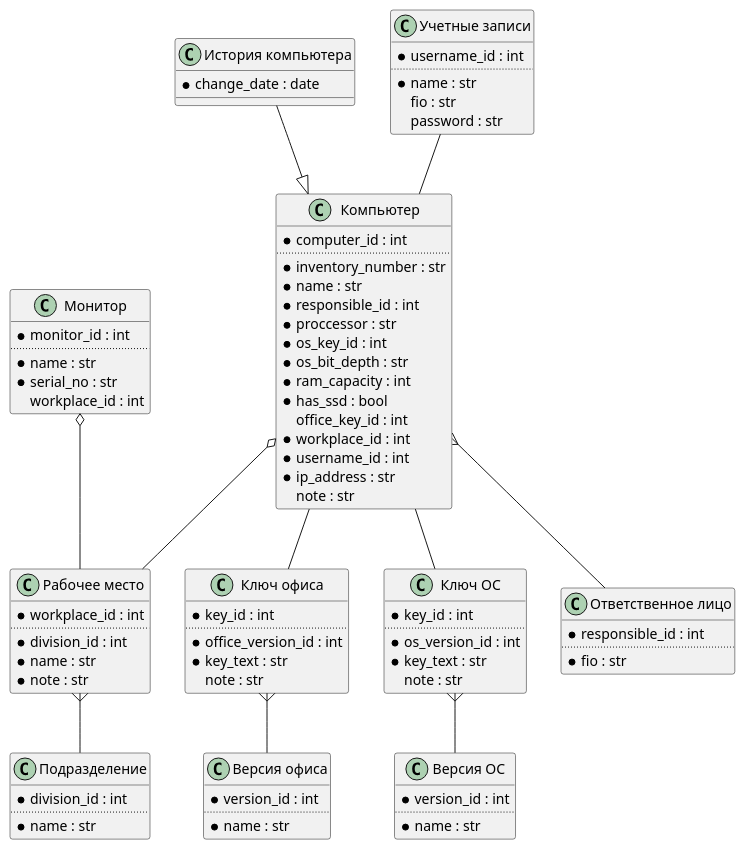
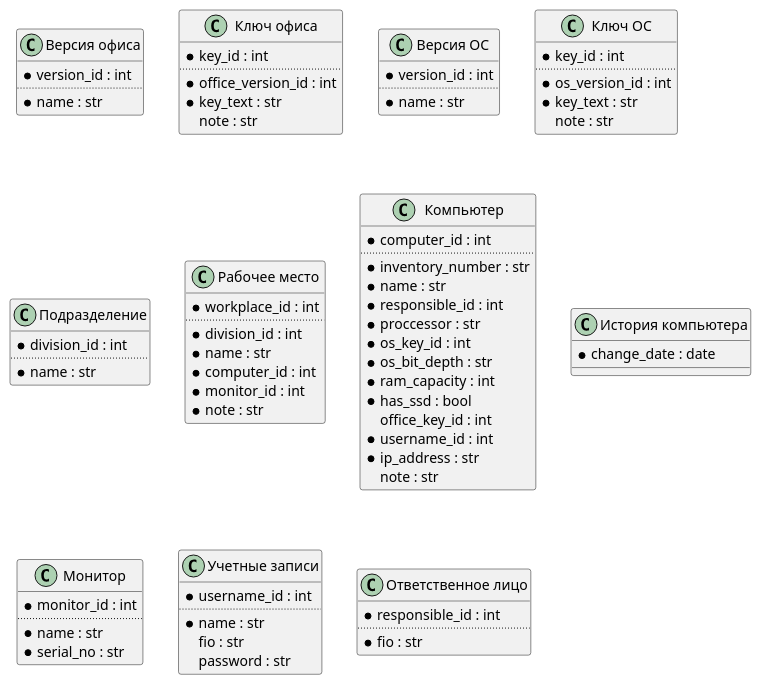
The diagram in database.plantuml (IamEvrik/ipce), drawn with PlantUML before and after one commit. The commit also changed 3 other files, not shown here.

Commit message:
Change references. Workplace reference to monitor and computer.

```diff
--- a/database.plantuml
+++ b/database.plantuml
@@ -1,101 +1,103 @@
 @startuml
 
 class "Версия офиса" as OfficeVersion {
 	{field} *version_id : int
 	..
 	{field} *name : str
 }
 
 class "Ключ офиса" as OfficeKey {
 	{field} *key_id : int
 	..
 	{field} *office_version_id : int
 	{field} *key_text : str
 	{field} note : str
 }
 
 class "Версия ОС" as OSVersion {
 	{field} *version_id : int
 	..
 	{field} *name : str
 }
 
 class "Ключ ОС" as OSKey {
 	{field} *key_id : int
 	..
 	{field} *os_version_id : int
 	{field} *key_text : str
 	{field} note : str
 }
 
 class "Подразделение" as Division {
 	{field} *division_id : int
 	..
 	{field} *name : str
 }
 
 class "Рабочее место" as WorkPlace {
 	{field} *workplace_id : int
 	..
 	{field} *division_id : int
 	{field} *name : str
+	{field} *computer_id : int
+	{field} *monitor_id : int
 	{field} *note : str
 } 
 
 class "Компьютер" as Computer {
 	{field} *computer_id : int
 	..
 	{field} *inventory_number : str
 	{field} *name : str
 	{field} *responsible_id : int
 	{field} *proccessor : str
 	{field} *os_key_id : int
 	{field} *os_bit_depth : str
 	{field} *ram_capacity : int
 	{field} *has_ssd : bool
 	{field} office_key_id : int
-	{field} *workplace_id : int
 	{field} *username_id : int
 	{field} *ip_address : str
 	{field} note : str
 }	
 
 class "История компьютера" as ComputerHistory {
 	{field} *change_date : date
 }
 
 class "Монитор" as Monitor {
 	{field} *monitor_id : int
 	..
 	{field} *name : str
 	{field} *serial_no : str
-	{field} workplace_id : int
 }
 
 class "Учетные записи" as UserName {
 	{field} *username_id : int
 	..
 	{field} *name : str
 	{field} fio : str
 	{field} password : str
 }
 
 class "Ответственное лицо" as Responsible {
 	{field} *responsible_id : int
 	..
 	{field} *fio : str
 } 
 		
-OfficeKey }-- OfficeVersion
-OSKey }-- OSVersion
-WorkPlace }-- Division	
-Computer -- OSKey
-Computer -- OfficeKey
-Computer o-- WorkPlace	
-Computer }-- Responsible
-ComputerHistory --|> Computer
-Monitor o-- WorkPlace
-UserName -- Computer
+/'
+ ' OfficeKey }-- OfficeVersion
+ ' OSKey }-- OSVersion
+ ' WorkPlace }-- Division	
+ ' Computer -- OSKey
+ ' Computer -- OfficeKey
+ ' Computer o-- WorkPlace	
+ ' Computer }-- Responsible
+ ' ComputerHistory --|> Computer
+ ' Monitor o-- WorkPlace
+ ' UserName -- Computer
+ '/
 
 
 @enduml
```
